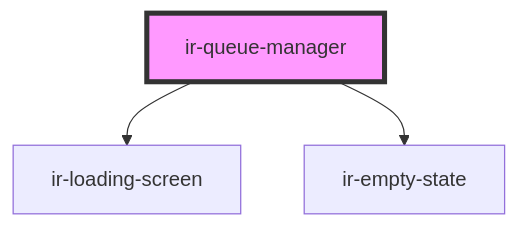
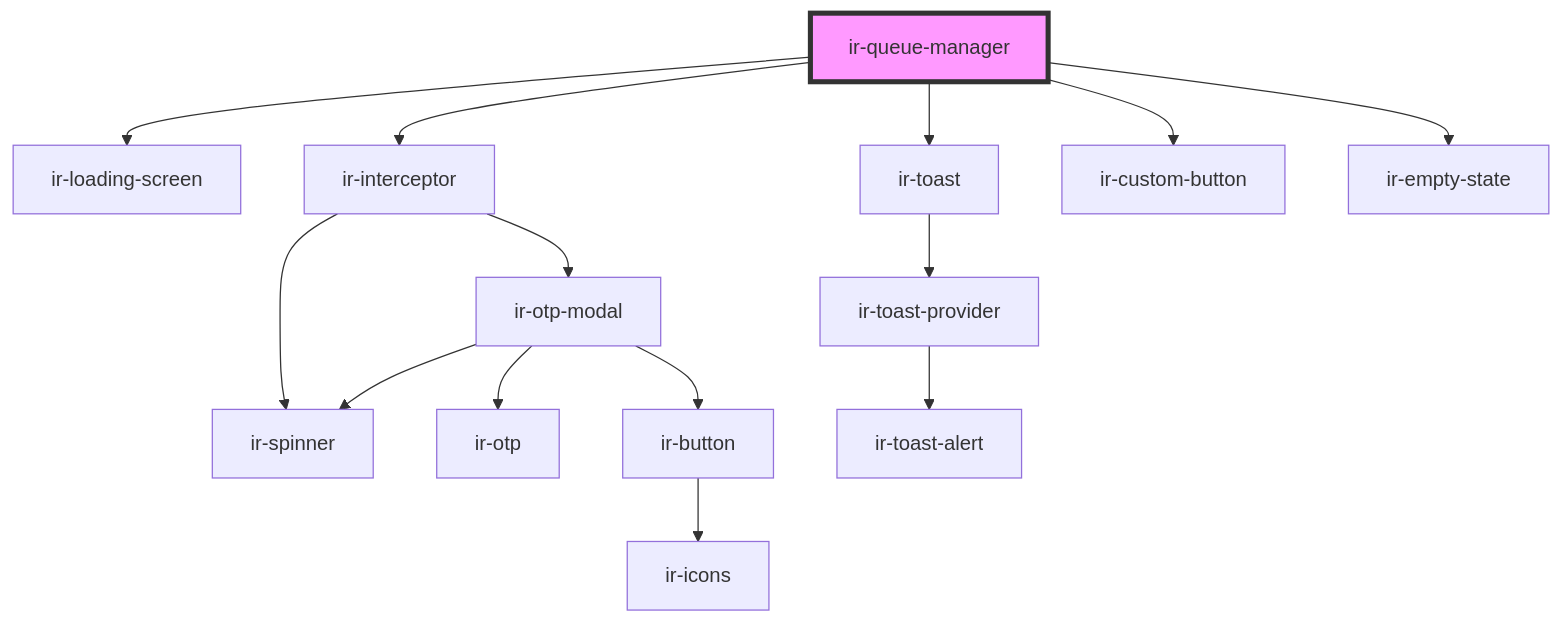
One commit to RonyRizk/ir-webcmp changed the diagram in src/components/ir-queue-manager/readme.md. Above: the diagram before and after it, drawn with Mermaid. The commit also changed other lines of this file and 6 other files, not shown here.

````diff
--- a/src/components/ir-queue-manager/readme.md
+++ b/src/components/ir-queue-manager/readme.md
@@ -23,6 +26,17 @@
 ```mermaid
 graph TD;
   ir-queue-manager --> ir-loading-screen
+  ir-queue-manager --> ir-interceptor
+  ir-queue-manager --> ir-toast
+  ir-queue-manager --> ir-custom-button
   ir-queue-manager --> ir-empty-state
+  ir-interceptor --> ir-spinner
+  ir-interceptor --> ir-otp-modal
+  ir-otp-modal --> ir-spinner
+  ir-otp-modal --> ir-otp
+  ir-otp-modal --> ir-button
+  ir-button --> ir-icons
+  ir-toast --> ir-toast-provider
+  ir-toast-provider --> ir-toast-alert
   style ir-queue-manager fill:#f9f,stroke:#333,stroke-width:4px
 ```
````
